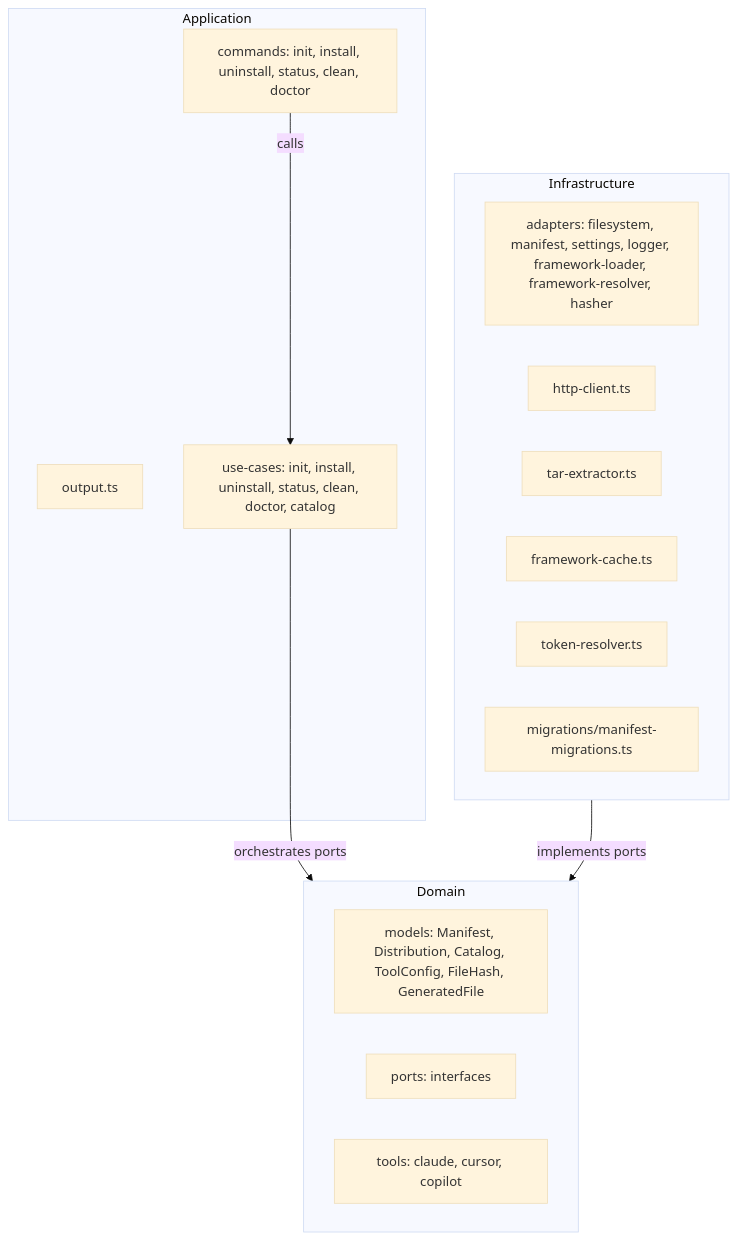
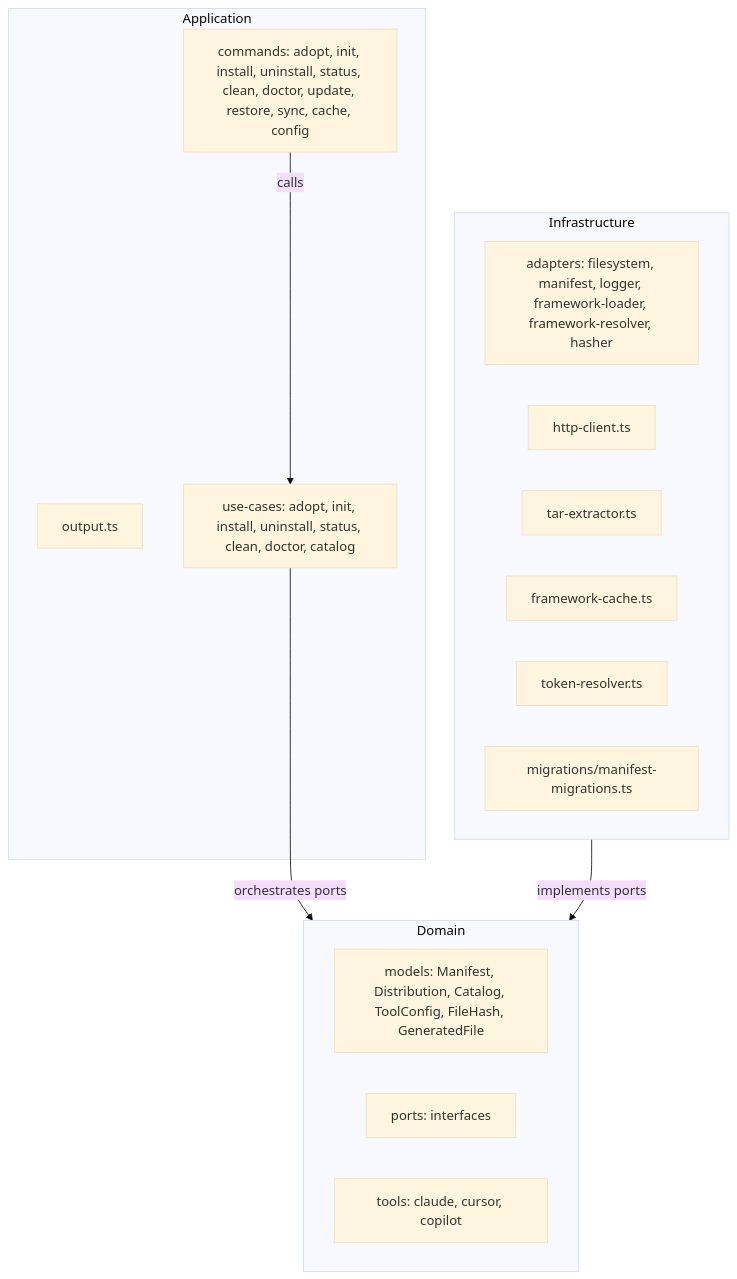
Before and after one commit to ai-driven-dev/framework: the second of 3 diagrams in aidd_docs/memory/architecture.md, drawn with Mermaid (base theme). The commit also changed other lines of this file and 252 other files, not shown here.

First line of the commit message:
feat(cli): add update, restore, sync, cache, config and doctor-fix commands

````diff
--- a/aidd_docs/memory/architecture.md
+++ b/aidd_docs/memory/architecture.md
@@ -40,24 +40,24 @@
 ```mermaid
 flowchart TD
     subgraph APP["Application"]
-        CMD_FILES["commands: init, install, uninstall, status, clean, doctor"]
+        CMD_FILES["commands: adopt, init, install, uninstall, status, clean, doctor, update, restore, sync, cache, config"]
         OUTPUT["output.ts"]
-        USECASES["use-cases: init, install, uninstall, status, clean, doctor, catalog"]
+        USECASES["use-cases: adopt, init, install, uninstall, status, clean, doctor, catalog"]
     end
     subgraph DOM["Domain"]
         MODELS["models: Manifest, Distribution, Catalog, ToolConfig, FileHash, GeneratedFile"]
         PORTS["ports: interfaces"]
         TOOLS["tools: claude, cursor, copilot"]
     end
     subgraph INFRA["Infrastructure"]
-        ADAPTERS["adapters: filesystem, manifest, settings, logger, framework-loader, framework-resolver, hasher"]
+        ADAPTERS["adapters: filesystem, manifest, logger, framework-loader, framework-resolver, hasher"]
         HTTP["http-client.ts"]
         TAR["tar-extractor.ts"]
         CACHE["framework-cache.ts"]
         TOKEN["token-resolver.ts"]
         MIG["migrations/manifest-migrations.ts"]
     end
     CMD_FILES -->|calls| USECASES
     USECASES -->|orchestrates ports| DOM
     INFRA -->|implements ports| DOM
 ```
````
